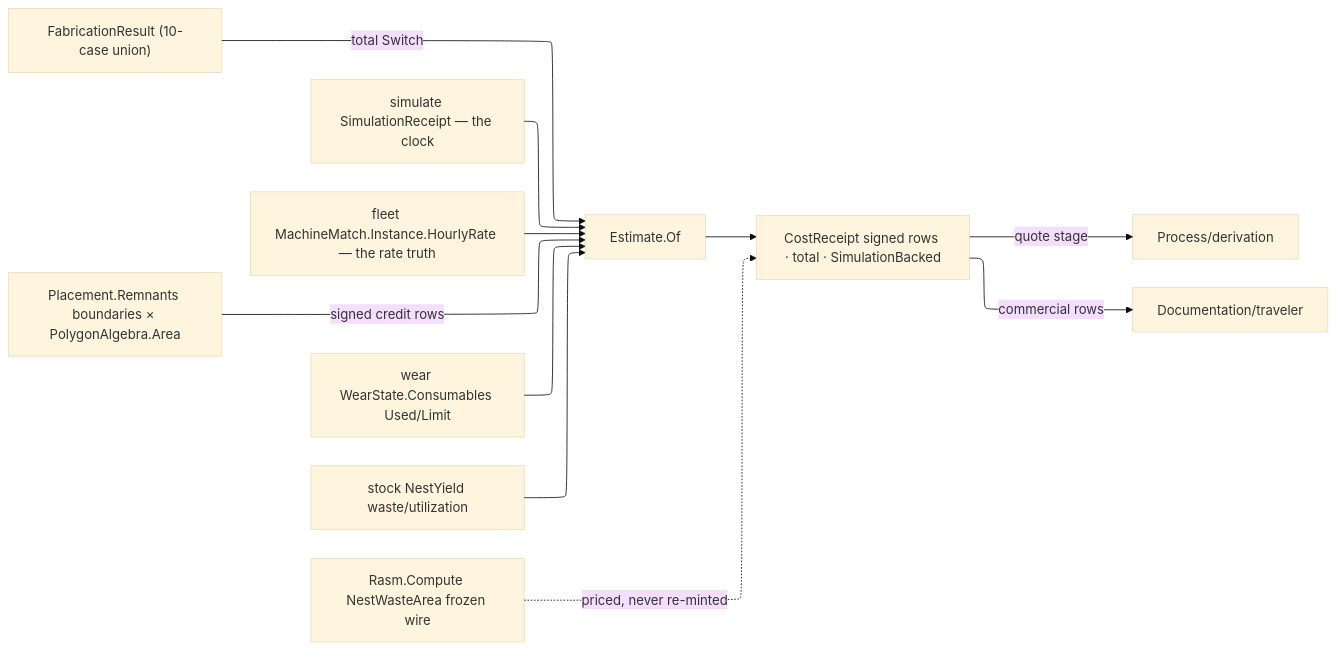
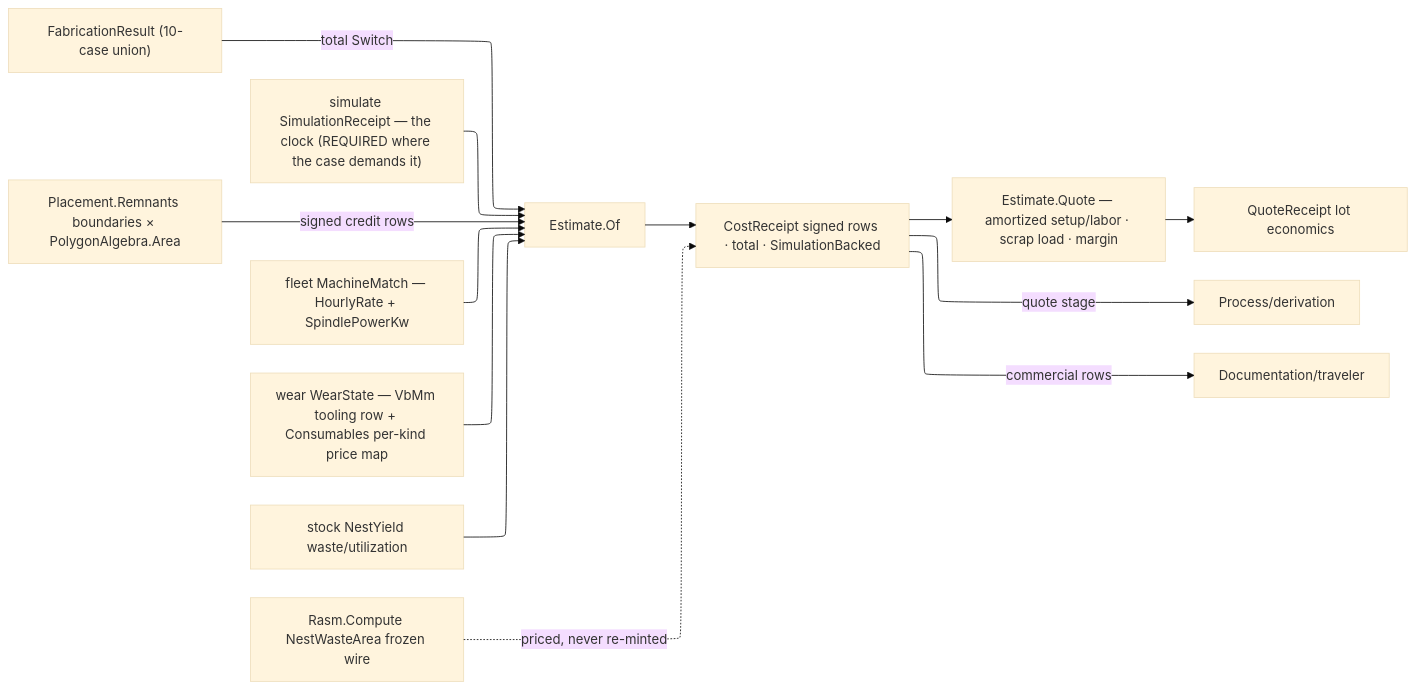
Before and after one commit to bsamiee/Rasm: the diagram in libs/csharp/Rasm.Fabrication/.planning/Verify/estimation.md, drawn with Mermaid. The commit also changed other lines of this file and 79 other files, not shown here.

````diff
--- a/libs/csharp/Rasm.Fabrication/.planning/Verify/estimation.md
+++ b/libs/csharp/Rasm.Fabrication/.planning/Verify/estimation.md
@@ -139,18 +189,20 @@
 ```mermaid
 ---
 config:
   layout: elk
   theme: base
 ---
 flowchart LR
     Result["FabricationResult (10-case union)"] -->|total Switch| Of["Estimate.Of"]
-    Sim["simulate SimulationReceipt — the clock"] --> Of
-    Fleet["fleet MachineMatch.Instance.HourlyRate — the rate truth"] --> Of
-    Wear["wear WearState.Consumables Used/Limit"] --> Of
+    Sim["simulate SimulationReceipt — the clock (REQUIRED where the case demands it)"] --> Of
+    Fleet["fleet MachineMatch — HourlyRate + SpindlePowerKw"] --> Of
+    Wear["wear WearState — VbMm tooling row + Consumables per-kind price map"] --> Of
     Yield["stock NestYield waste/utilization"] --> Of
     Remnants["Placement.Remnants boundaries × PolygonAlgebra.Area"] -->|signed credit rows| Of
     Of --> Receipt["CostReceipt signed rows · total · SimulationBacked"]
+    Receipt --> QuoteF["Estimate.Quote — amortized setup/labor · scrap load · margin"]
+    QuoteF --> QuoteR["QuoteReceipt lot economics"]
     Receipt -->|quote stage| Derivation["Process/derivation"]
     Receipt -->|commercial rows| Traveler["Documentation/traveler"]
     Compute["Rasm.Compute NestWasteArea frozen wire"] -.->|priced, never re-minted| Receipt
 ```
````
